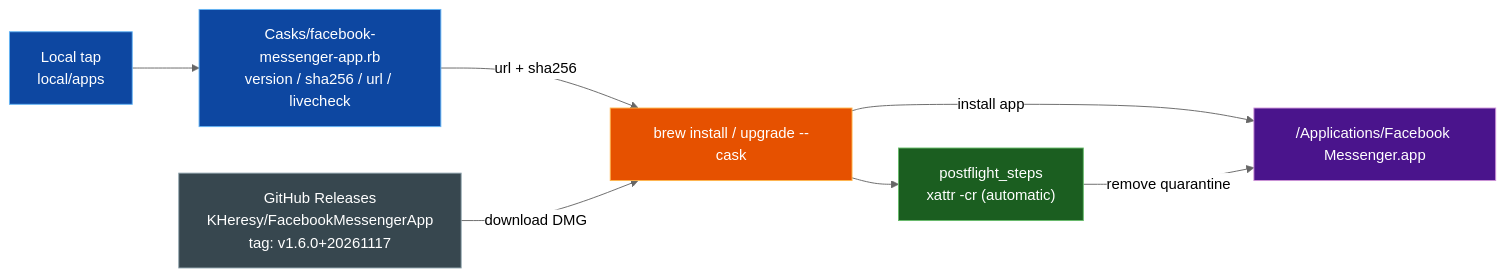
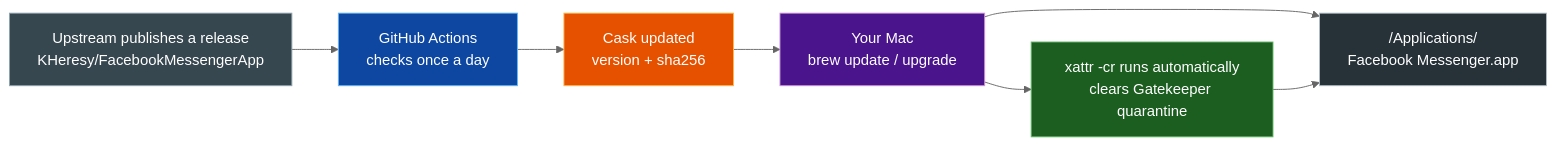
The diagram in README-macos-brew.md (stzengpx/FacebookMessengerApp), drawn with Mermaid (neutral theme) before and after one commit. The commit also changed other lines of this file and 3 other files, not shown here.

````diff
--- a/README-macos-brew.md
+++ b/README-macos-brew.md
@@ -13,22 +16,19 @@
 ```mermaid
 flowchart LR
-    GH["GitHub Releases<br/>KHeresy/FacebookMessengerApp<br/>tag: v1.6.0+20261117"]:::ext
-    TAP["Local tap<br/>local/apps"]:::tap
-    CASK["Casks/facebook-messenger-app.rb<br/>version / sha256 / url / livecheck"]:::tap
-    BREW["brew install / upgrade --cask"]:::brew
-    APP["/Applications/Facebook Messenger.app"]:::app
-    XATTR["postflight_steps<br/>xattr -cr (automatic)"]:::ok
+    REL["Upstream publishes a release<br/>KHeresy/FacebookMessengerApp"]:::ext
+    ACT["GitHub Actions<br/>checks once a day"]:::step
+    CASK["Cask updated<br/>version + sha256"]:::tap
+    BREW["Your Mac<br/>brew update / upgrade"]:::brew
+    APP["/Applications/<br/>Facebook Messenger.app"]:::app
+    XATTR["xattr -cr runs automatically<br/>clears Gatekeeper quarantine"]:::ok
 
-    TAP --> CASK
-    CASK -->|"url + sha256"| BREW
-    GH -->|"download DMG"| BREW
-    BREW -->|"install app"| APP
-    BREW --> XATTR
-    XATTR -->|"remove quarantine"| APP
+    REL --> ACT --> CASK --> BREW --> APP
+    BREW --> XATTR --> APP
 
     classDef ext fill:#37474f,color:#fff,stroke:#90a4ae
-    classDef tap fill:#0d47a1,color:#fff,stroke:#64b5f6
-    classDef brew fill:#e65100,color:#fff,stroke:#ffb74d
-    classDef app fill:#4a148c,color:#fff,stroke:#ce93d8
+    classDef step fill:#0d47a1,color:#fff,stroke:#64b5f6
+    classDef tap fill:#e65100,color:#fff,stroke:#ffb74d
+    classDef brew fill:#4a148c,color:#fff,stroke:#ce93d8
+    classDef app fill:#263238,color:#fff,stroke:#b0bec5
     classDef ok fill:#1b5e20,color:#fff,stroke:#66bb6a
 ```
````
